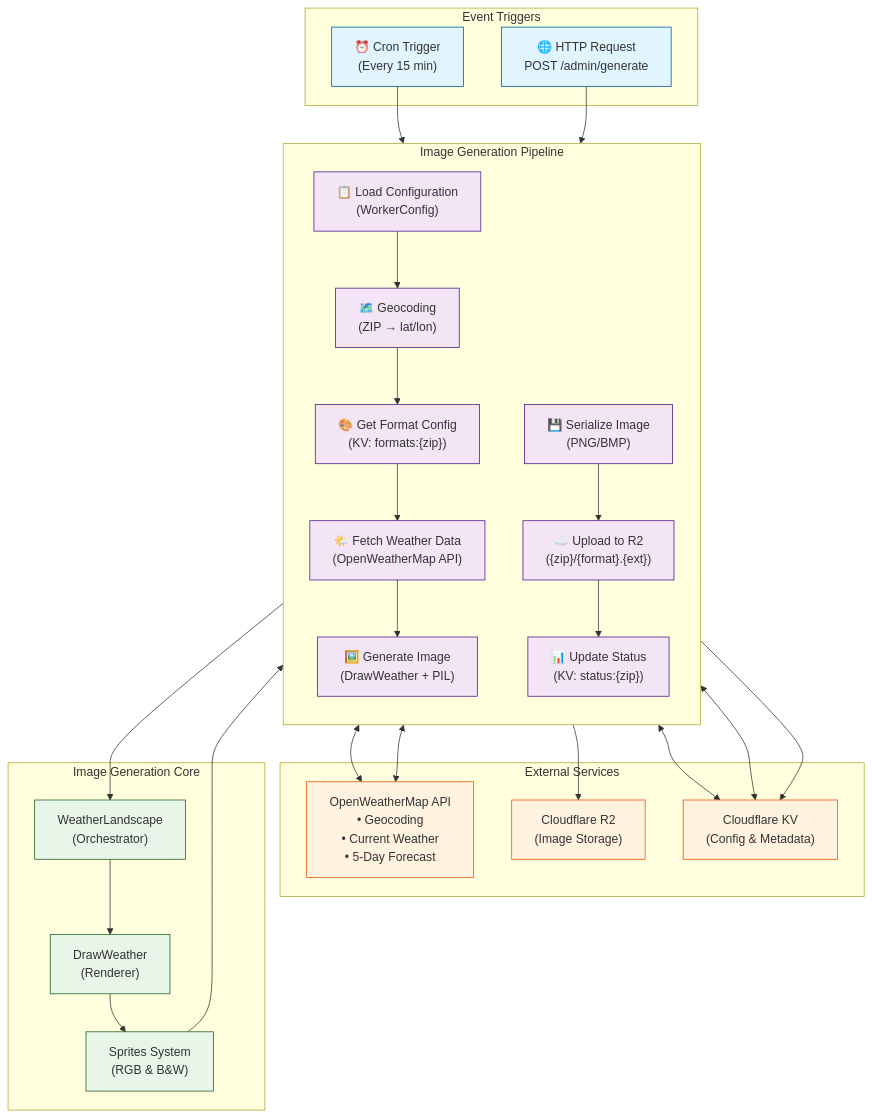
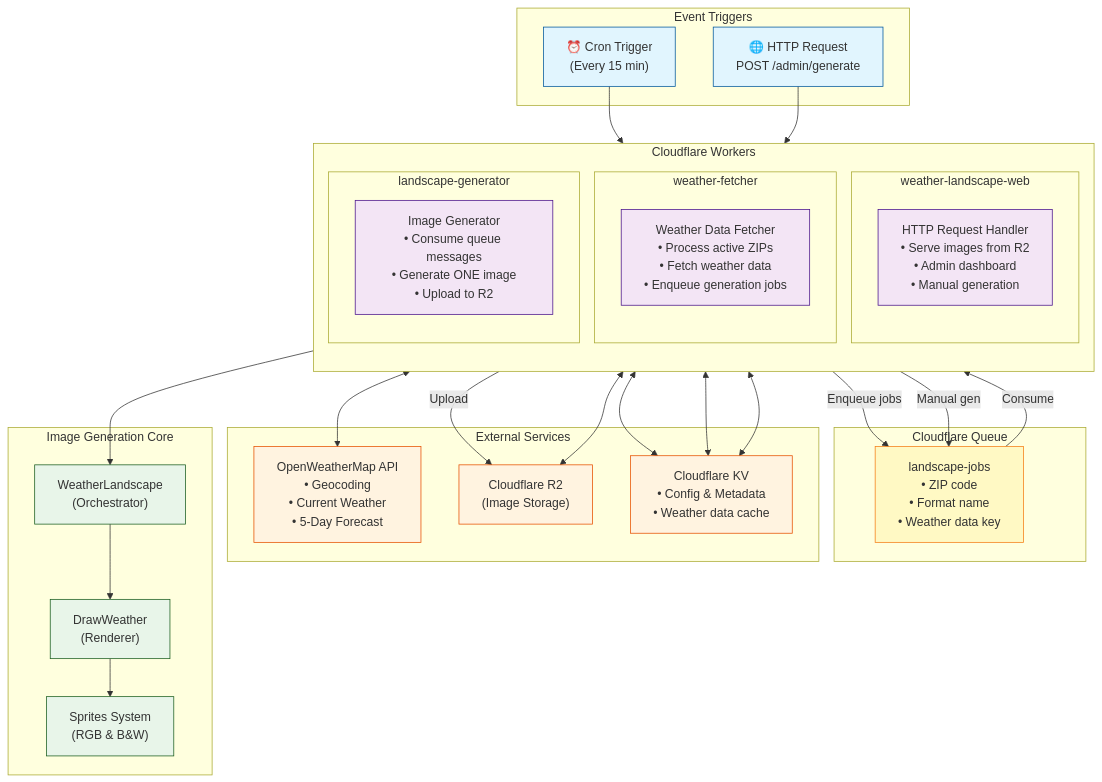
The first of 3 diagrams in src/README.md (NetfallNetworks/weather_landscape), drawn with Mermaid before and after one commit. The commit also changed other lines of this file, not shown here.

First line of the commit message:
docs: update architecture diagrams for multi-worker queue-based design

````diff
--- a/src/README.md
+++ b/src/README.md
@@ -11,60 +11,73 @@
 ```mermaid
 flowchart TB
     subgraph Triggers["Event Triggers"]
         CRON["⏰ Cron Trigger<br/>(Every 15 min)"]
         HTTP["🌐 HTTP Request<br/>POST /admin/generate"]
     end
 
-    subgraph Pipeline["Image Generation Pipeline"]
+    subgraph Workers["Cloudflare Workers"]
         direction TB
-        CONFIG["📋 Load Configuration<br/>(WorkerConfig)"]
-        GEO["🗺️ Geocoding<br/>(ZIP → lat/lon)"]
-        FORMATS["🎨 Get Format Config<br/>(KV: formats:{zip})"]
-        WEATHER["🌤️ Fetch Weather Data<br/>(OpenWeatherMap API)"]
-        GENERATE["🖼️ Generate Image<br/>(DrawWeather + PIL)"]
-        SERIALIZE["💾 Serialize Image<br/>(PNG/BMP)"]
-        UPLOAD["☁️ Upload to R2<br/>({zip}/{format}.{ext})"]
-        STATUS["📊 Update Status<br/>(KV: status:{zip})"]
+
+        subgraph WebWorker["weather-landscape-web"]
+            WEB["HTTP Request Handler<br/>• Serve images from R2<br/>• Admin dashboard<br/>• Manual generation"]
+        end
+
+        subgraph FetcherWorker["weather-fetcher"]
+            FETCHER["Weather Data Fetcher<br/>• Process active ZIPs<br/>• Fetch weather data<br/>• Enqueue generation jobs"]
+        end
+
+        subgraph GeneratorWorker["landscape-generator"]
+            GENERATOR["Image Generator<br/>• Consume queue messages<br/>• Generate ONE image<br/>• Upload to R2"]
+        end
+    end
+
+    subgraph Queue["Cloudflare Queue"]
+        JOBQUEUE["landscape-jobs<br/>• ZIP code<br/>• Format name<br/>• Weather data key"]
     end
 
     subgraph External["External Services"]
         OWM["OpenWeatherMap API<br/>• Geocoding<br/>• Current Weather<br/>• 5-Day Forecast"]
         R2["Cloudflare R2<br/>(Image Storage)"]
-        KV["Cloudflare KV<br/>(Config & Metadata)"]
+        KV["Cloudflare KV<br/>• Config & Metadata<br/>• Weather data cache"]
     end
 
     subgraph Generation["Image Generation Core"]
         WL["WeatherLandscape<br/>(Orchestrator)"]
         DW["DrawWeather<br/>(Renderer)"]
         SPRITES["Sprites System<br/>(RGB & B&W)"]
     end
 
-    CRON --> CONFIG
-    HTTP --> CONFIG
-    CONFIG --> GEO
-    GEO <--> KV
-    GEO <--> OWM
-    GEO --> FORMATS
-    FORMATS <--> KV
-    FORMATS --> WEATHER
-    WEATHER <--> OWM
-    WEATHER --> GENERATE
-    GENERATE --> WL
+    %% Trigger flows
+    CRON --> FETCHER
+    HTTP --> WEB
+
+    %% Weather fetcher flow
+    FETCHER <--> KV
+    FETCHER <--> OWM
+    FETCHER -->|"Enqueue jobs"| JOBQUEUE
+
+    %% Generator flow
+    JOBQUEUE -->|"Consume"| GENERATOR
+    GENERATOR <--> KV
+    GENERATOR --> WL
     WL --> DW
     DW --> SPRITES
-    SPRITES --> SERIALIZE
-    SERIALIZE --> UPLOAD
-    UPLOAD --> R2
-    UPLOAD --> STATUS
-    STATUS --> KV
+    GENERATOR -->|"Upload"| R2
+
+    %% Web worker flow
+    WEB <--> R2
+    WEB <--> KV
+    WEB -->|"Manual gen"| JOBQUEUE
 
     classDef trigger fill:#e1f5fe,stroke:#01579b
-    classDef pipeline fill:#f3e5f5,stroke:#4a148c
+    classDef worker fill:#f3e5f5,stroke:#4a148c
+    classDef queue fill:#fff9c4,stroke:#f57f17
     classDef external fill:#fff3e0,stroke:#e65100
     classDef core fill:#e8f5e9,stroke:#1b5e20
 
     class CRON,HTTP trigger
-    class CONFIG,GEO,FORMATS,WEATHER,GENERATE,SERIALIZE,UPLOAD,STATUS pipeline
+    class WEB,FETCHER,GENERATOR worker
+    class JOBQUEUE queue
     class OWM,R2,KV external
     class WL,DW,SPRITES core
 ```
````
